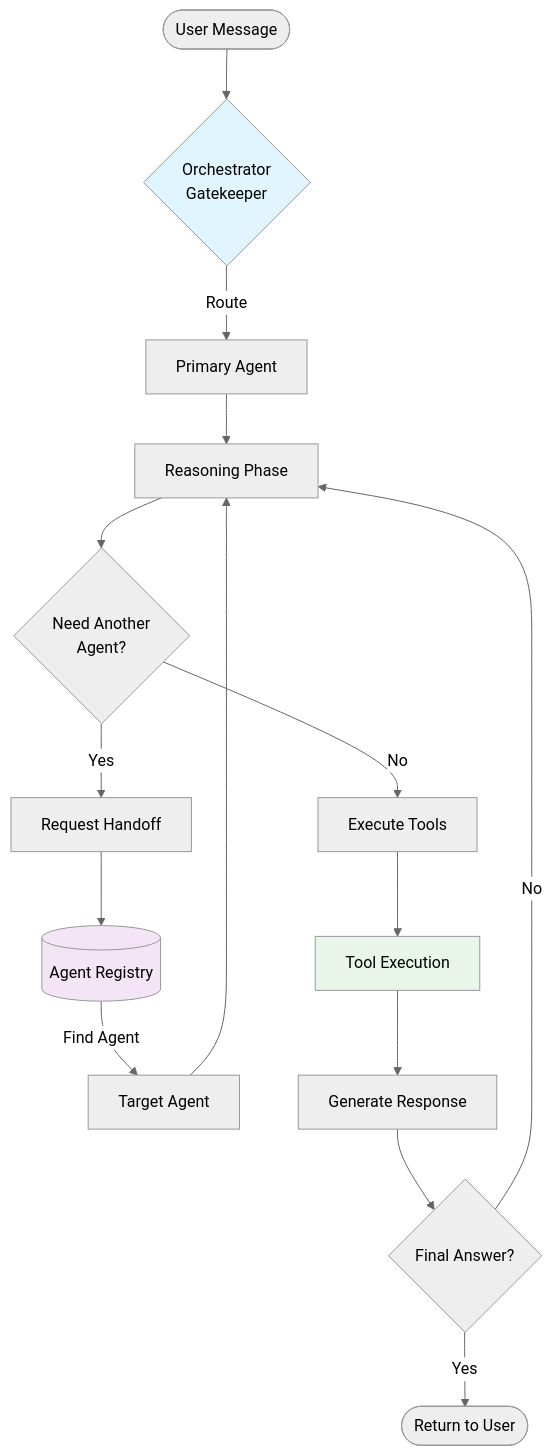
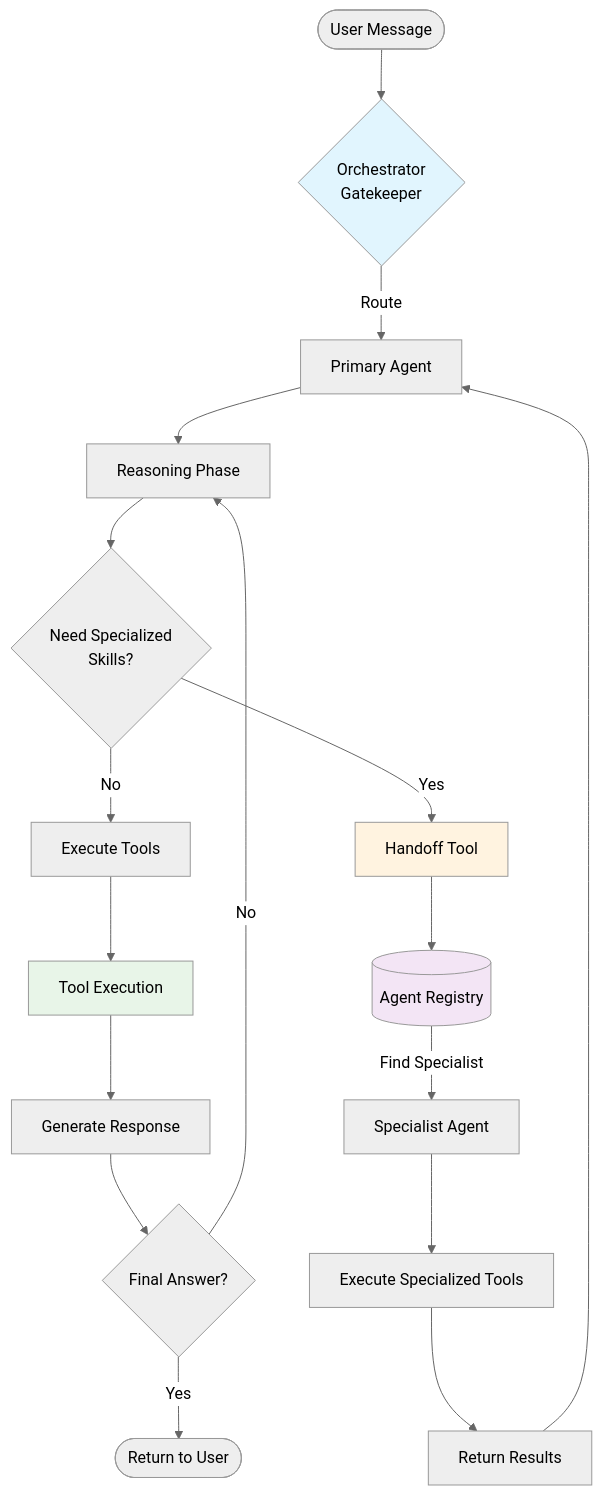
One commit to mkuchak/ai-agents changed the third of 5 diagrams in packages/ai-agents/README.md. Above: the diagram before and after it, drawn with Mermaid (neutral theme). The commit also changed other lines of this file, not shown here.

First line of the commit message:
docs(ai-agents): update agent names and enhance documentation

````diff
--- a/packages/ai-agents/README.md
+++ b/packages/ai-agents/README.md
@@ -224,26 +249,29 @@
 ```mermaid
 flowchart TD
     Start([User Message]) --> Gate{Orchestrator<br/>Gatekeeper}
     
     Gate --> |Route| Agent1[Primary Agent]
     Agent1 --> Reason[Reasoning Phase]
     
-    Reason --> Decision{Need Another<br/>Agent?}
+    Reason --> Decision{Need Specialized<br/>Skills?}
     Decision --> |No| Execute[Execute Tools]
-    Decision --> |Yes| Handoff[Request Handoff]
+    Decision --> |Yes| Handoff[Handoff Tool]
     
     Handoff --> Registry[(Agent Registry)]
-    Registry --> |Find Agent| Agent2[Target Agent]
-    Agent2 --> Reason
+    Registry --> |Find Specialist| Agent2[Specialist Agent]
+    Agent2 --> SpecExecute[Execute Specialized Tools]
+    SpecExecute --> ReturnResult[Return Results]
+    ReturnResult --> Agent1
     
     Execute --> Tools[Tool Execution]
     Tools --> Response[Generate Response]
     Response --> Final{Final Answer?}
     
     Final --> |No| Reason
     Final --> |Yes| End([Return to User])
     
     style Gate fill:#e1f5fe
     style Registry fill:#f3e5f5
     style Tools fill:#e8f5e8
+    style Handoff fill:#fff3e0
 ```
````
